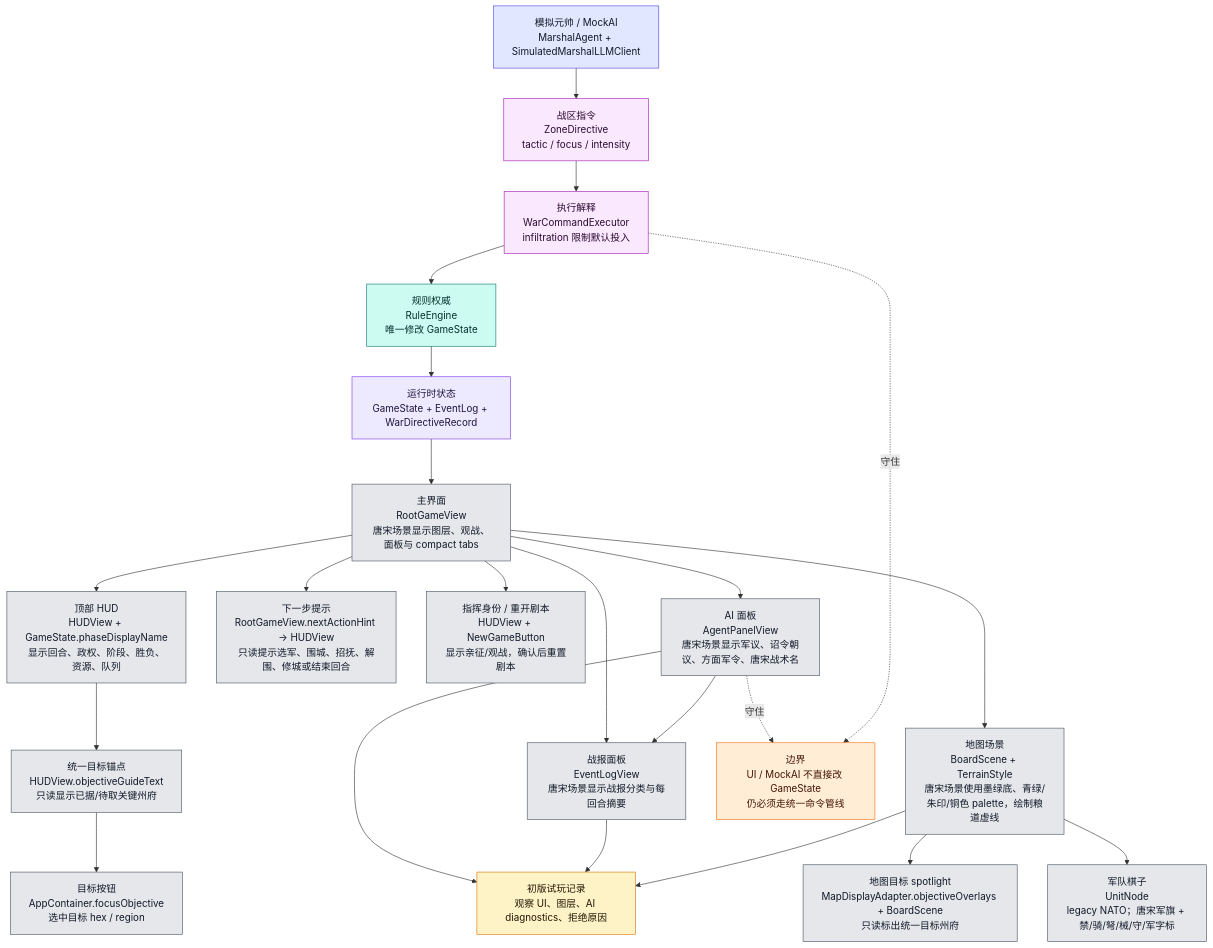
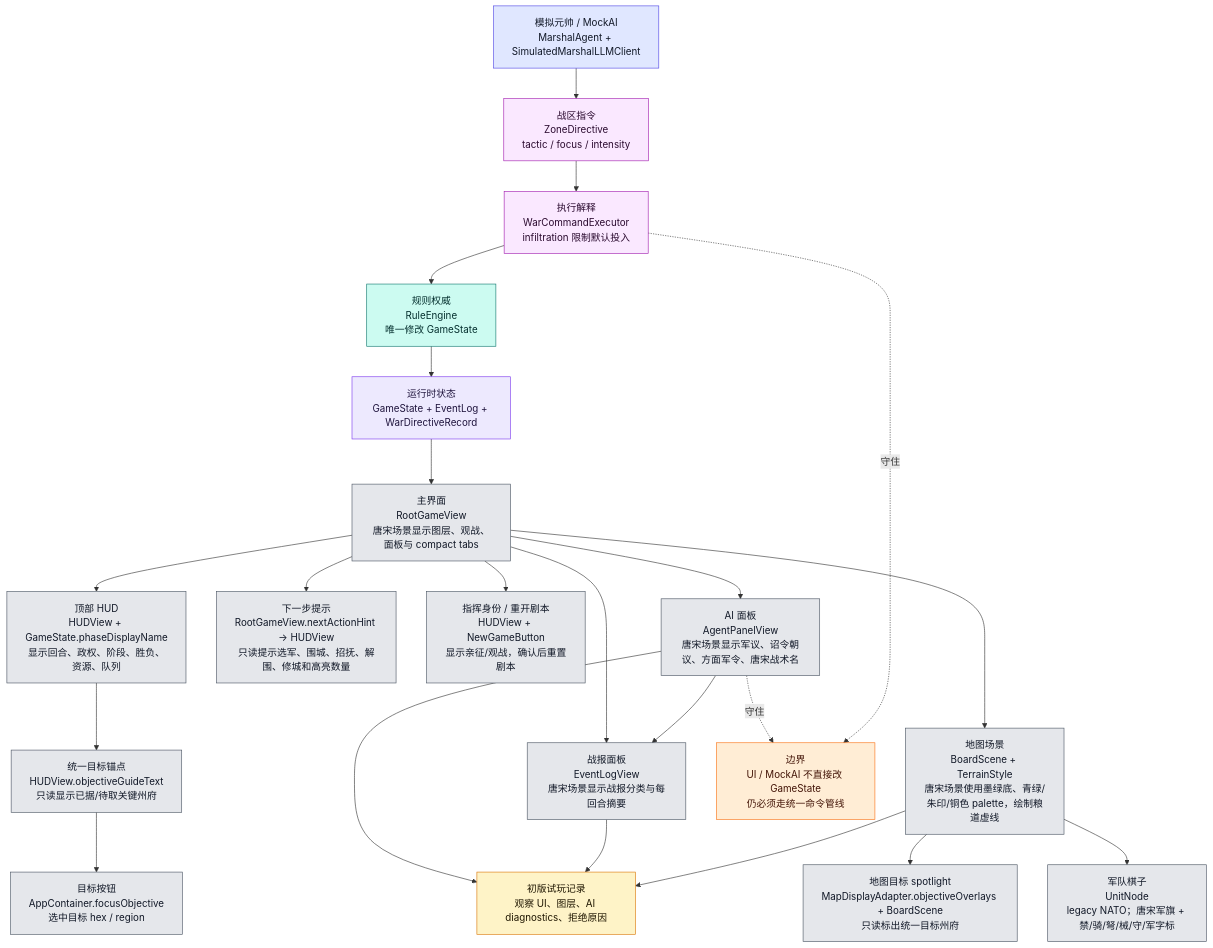
The tenth of 12 diagrams in md/flow/flowchart.md (Altman-sam114/125), drawn with Mermaid before and after one commit. The commit also changed other lines of this file and 7 other files, not shown here.

````diff
--- a/md/flow/flowchart.md
+++ b/md/flow/flowchart.md
@@ -547,48 +548,48 @@
 ```mermaid
 flowchart TD
     STATE["运行时状态<br/>GameState + EventLog + WarDirectiveRecord"]:::state
     ROOT["主界面<br/>RootGameView<br/>唐宋场景显示图层、观战、面板与 compact tabs"]:::ui
     HUD["顶部 HUD<br/>HUDView + GameState.phaseDisplayName<br/>显示回合、政权、阶段、胜负、资源、队列"]:::ui
     GOAL["统一目标锚点<br/>HUDView.objectiveGuideText<br/>只读显示已据/待取关键州府"]:::ui
     FOCUS["目标按钮<br/>AppContainer.focusObjective<br/>选中目标 hex / region"]:::ui
     SPOTLIGHT["地图目标 spotlight<br/>MapDisplayAdapter.objectiveOverlays + BoardScene<br/>只读标出统一目标州府"]:::ui
-    HINT["下一步提示<br/>RootGameView.nextActionHint -> HUDView<br/>只读提示选军、围城、招抚、解围、修城或结束回合"]:::ui
+    HINT["下一步提示<br/>RootGameView.nextActionHint -> HUDView<br/>只读提示选军、围城、招抚、解围、修城和高亮数量"]:::ui
     SESSIONHUD["指挥身份 / 重开剧本<br/>HUDView + NewGameButton<br/>显示亲征/观战，确认后重置剧本"]:::ui
     LOG["战报面板<br/>EventLogView<br/>唐宋场景显示战报分类与每回合摘要"]:::ui
     AIUI["AI 面板<br/>AgentPanelView<br/>唐宋场景显示军议、诏令朝议、方面军令、唐宋战术名"]:::ui
     BOARD["地图场景<br/>BoardScene + TerrainStyle<br/>唐宋场景使用墨绿底、青绿/朱印/铜色 palette，绘制粮道虚线"]:::ui
     UNIT["军队棋子<br/>UnitNode<br/>legacy NATO；唐宋军旗 + 禁/骑/弩/械/守/军字标"]:::ui
     MARSHAL["模拟元帅 / MockAI<br/>MarshalAgent + SimulatedMarshalLLMClient"]:::ai
     ZD["战区指令<br/>ZoneDirective<br/>tactic / focus / intensity"]:::command
     WCE["执行解释<br/>WarCommandExecutor<br/>infiltration 限制默认投入"]:::command
     RULE["规则权威<br/>RuleEngine<br/>唯一修改 GameState"]:::rules
     PLAYTEST["初版试玩记录<br/>观察 UI、图层、AI diagnostics、拒绝原因"]:::doc
 
     STATE --> ROOT
     ROOT --> HUD
     HUD --> GOAL --> FOCUS
     BOARD --> SPOTLIGHT
     ROOT --> HINT
     ROOT --> SESSIONHUD
     ROOT --> LOG
     ROOT --> AIUI
     AIUI --> LOG
     ROOT --> BOARD
     BOARD --> UNIT
     MARSHAL --> ZD --> WCE --> RULE --> STATE
     AIUI --> PLAYTEST
     LOG --> PLAYTEST
     BOARD --> PLAYTEST
 
     WARN["边界<br/>UI / MockAI 不直接改 GameState<br/>仍必须走统一命令管线"]:::warn
     AIUI -.守住.-> WARN
     WCE -.守住.-> WARN
 
     classDef state fill:#ede9fe,stroke:#7c3aed,color:#1f143d
     classDef ui fill:#e5e7eb,stroke:#4b5563,color:#111827
     classDef ai fill:#e0e7ff,stroke:#4f46e5,color:#111827
     classDef command fill:#fae8ff,stroke:#a21caf,color:#2a0a2f
     classDef rules fill:#ccfbf1,stroke:#0f766e,color:#042f2e
     classDef doc fill:#fef3c7,stroke:#d97706,color:#1f1600
     classDef warn fill:#ffedd5,stroke:#f97316,color:#431407
 ```
````
